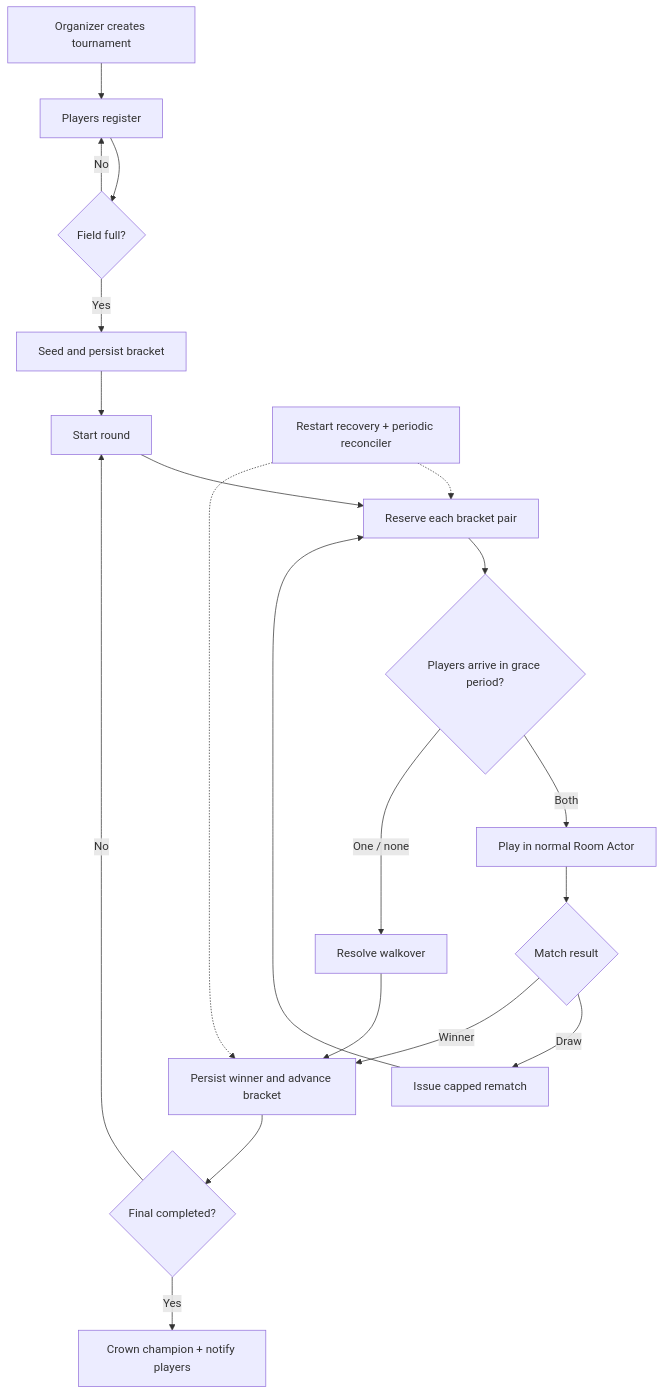
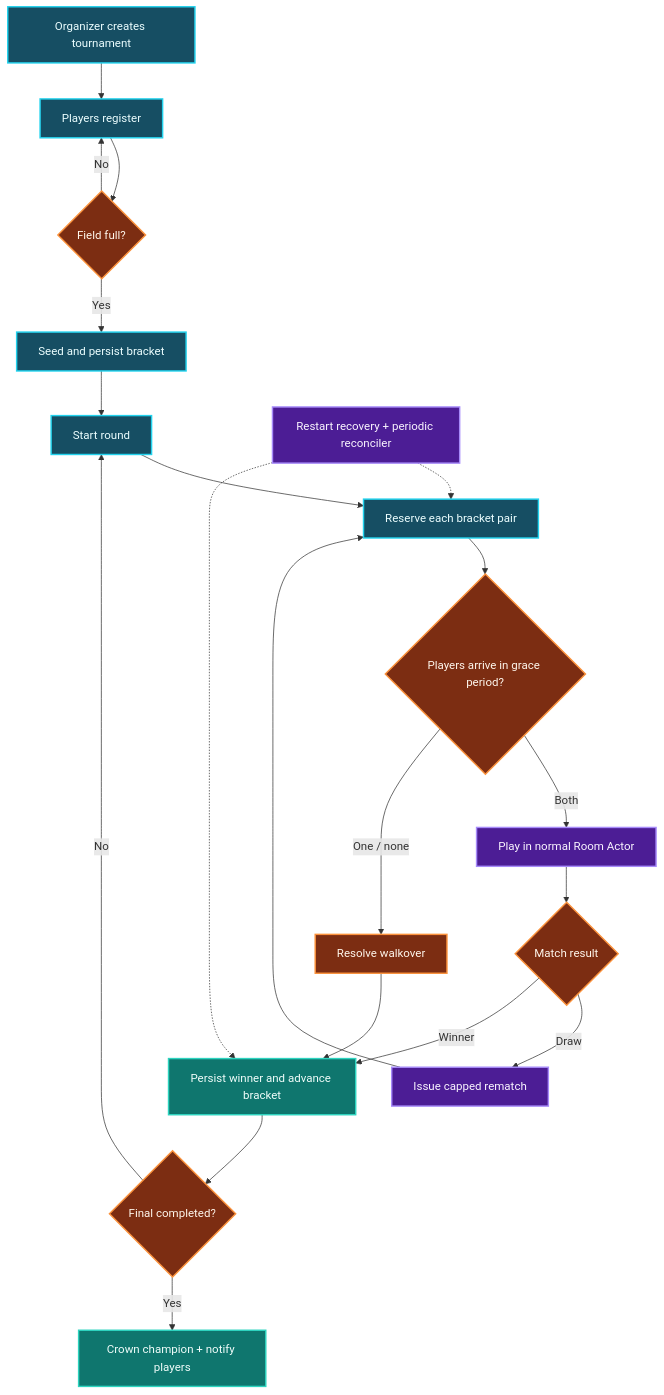
The fourth of 5 diagrams in README.md (longtmb2003/longtmb2003), drawn with Mermaid before and after one commit. The commit also changed other lines of this file and 2 other files, not shown here.

````diff
--- a/README.md
+++ b/README.md
@@ -149,23 +194,33 @@
 ```mermaid
 flowchart TD
     CREATE["Organizer creates tournament"] --> REGISTER["Players register"]
     REGISTER --> FULL{"Field full?"}
     FULL -->|No| REGISTER
     FULL -->|Yes| SEAL["Seed and persist bracket"]
     SEAL --> START["Start round"]
     START --> RESERVE["Reserve each bracket pair"]
     RESERVE --> ARRIVE{"Players arrive in grace period?"}
     ARRIVE -->|Both| PLAY["Play in normal Room Actor"]
     ARRIVE -->|One / none| WALKOVER["Resolve walkover"]
     PLAY --> RESULT{"Match result"}
     RESULT -->|Draw| REMATCH["Issue capped rematch"]
     REMATCH --> RESERVE
     RESULT -->|Winner| ADVANCE["Persist winner and advance bracket"]
     WALKOVER --> ADVANCE
     ADVANCE --> ROUND{"Final completed?"}
     ROUND -->|No| START
     ROUND -->|Yes| CHAMPION["Crown champion + notify players"]
 
     RECOVERY["Restart recovery + periodic reconciler"] -.-> RESERVE
     RECOVERY -.-> ADVANCE
+
+    classDef setup fill:#164e63,color:#ecfeff,stroke:#22d3ee,stroke-width:2px
+    classDef active fill:#4c1d95,color:#faf5ff,stroke:#a78bfa,stroke-width:2px
+    classDef decision fill:#7c2d12,color:#fff7ed,stroke:#fb923c,stroke-width:2px
+    classDef done fill:#0f766e,color:#f0fdfa,stroke:#2dd4bf,stroke-width:2px
+
+    class CREATE,REGISTER,SEAL,START,RESERVE setup
+    class PLAY,REMATCH,RECOVERY active
+    class FULL,ARRIVE,RESULT,ROUND,WALKOVER decision
+    class ADVANCE,CHAMPION done
 ```
````
